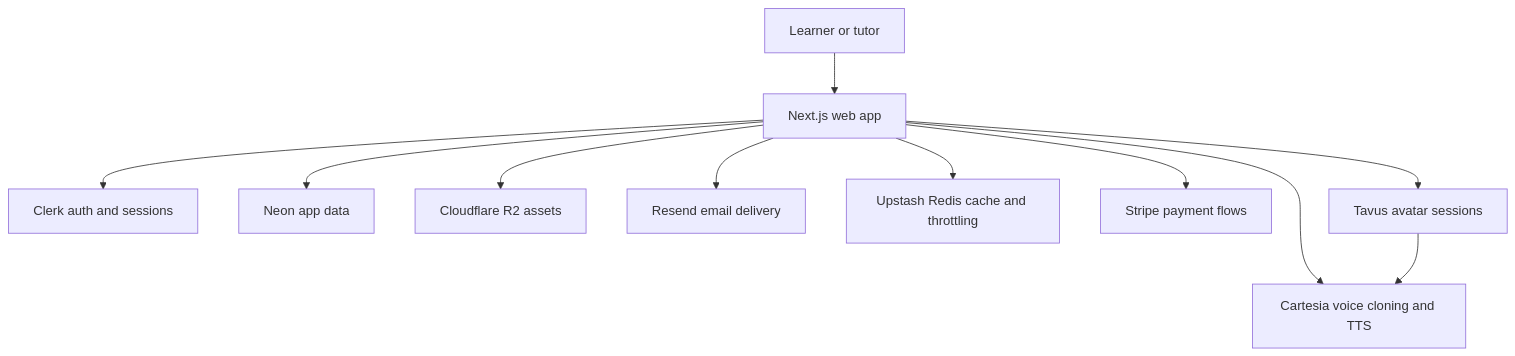
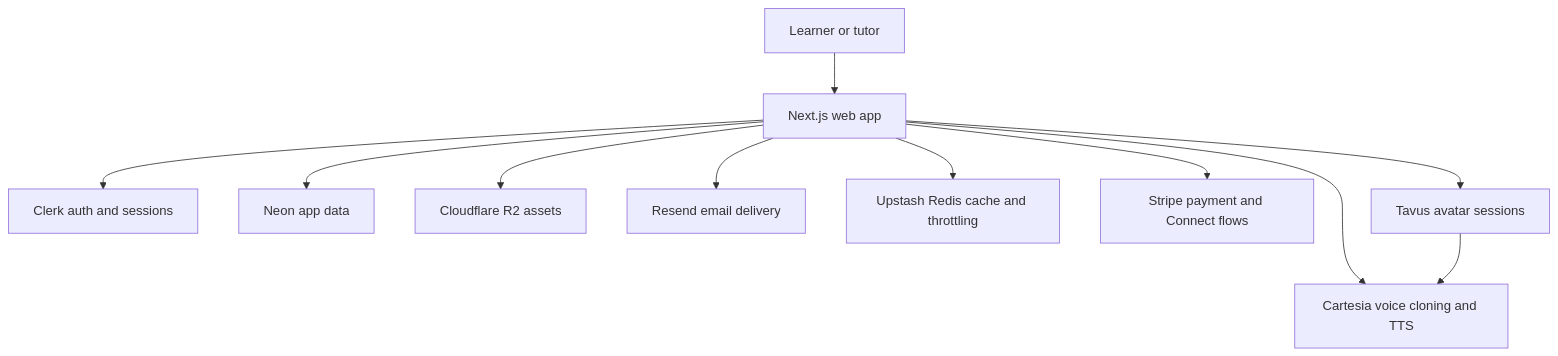
One commit to adambahtiarf/tuttofy-docs changed the first of 2 diagrams in docs/en/tech-stack.md. Above: the diagram before and after it, drawn with Mermaid. The commit also changed other lines of this file and 7 other files, not shown here.

Commit message:
Enhance documentation for teacher wallet, authentication, and tech stack; add teacher wallet feature details and clarify payment integration with Stripe Connect.

````diff
--- a/docs/en/tech-stack.md
+++ b/docs/en/tech-stack.md
@@ -33,13 +33,13 @@
 ```mermaid
 flowchart TD
   user[Learner or tutor] --> app[Next.js web app]
   app --> clerk[Clerk auth and sessions]
   app --> neon[Neon app data]
   app --> r2[Cloudflare R2 assets]
   app --> resend[Resend email delivery]
   app --> redis[Upstash Redis cache and throttling]
-  app --> stripe[Stripe payment flows]
+  app --> stripe[Stripe payment and Connect flows]
   app --> cartesia[Cartesia voice cloning and TTS]
   app --> tavus[Tavus avatar sessions]
   tavus --> cartesia
 ```
````
